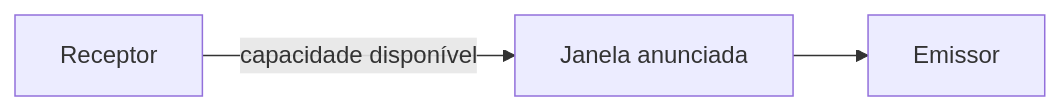
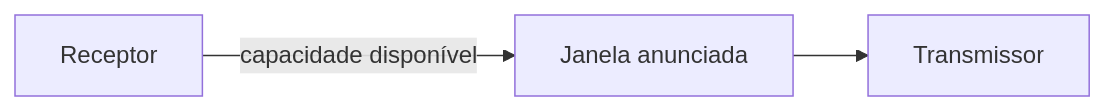
The diagram in docs/11-relacao-com-controle-de-fluxo.md (jurandysoares/janelas-deslizantes), drawn with Mermaid before and after one commit. The commit also changed other lines of this file and 16 other files, not shown here.

````diff
--- a/docs/11-relacao-com-controle-de-fluxo.md
+++ b/docs/11-relacao-com-controle-de-fluxo.md
@@ -5,5 +5,5 @@
 ```mermaid
 flowchart LR
     R["Receptor"] -->|"capacidade disponível"| W["Janela anunciada"]
-    W --> E["Emissor"]
+    W --> E["Transmissor"]
 ```
````
